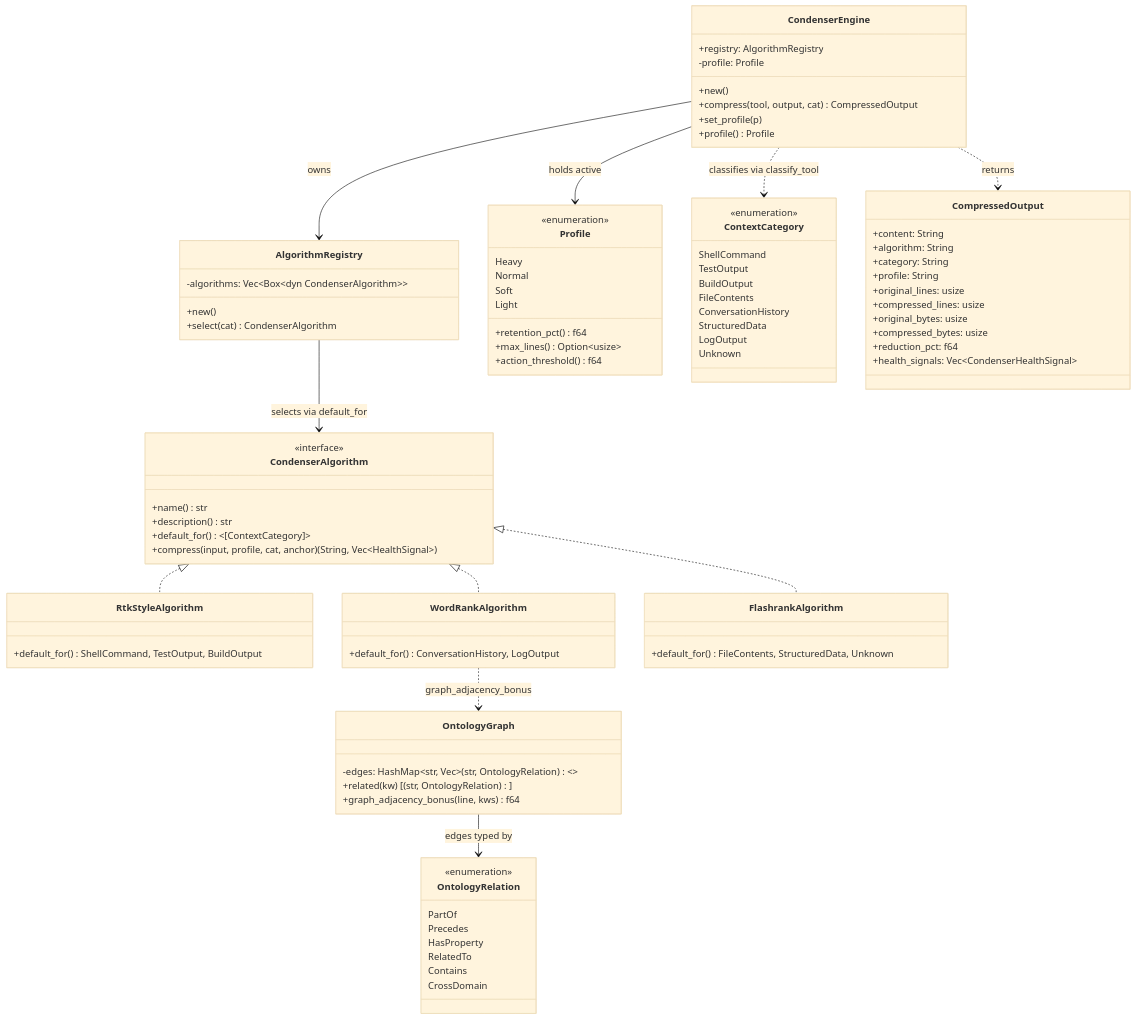
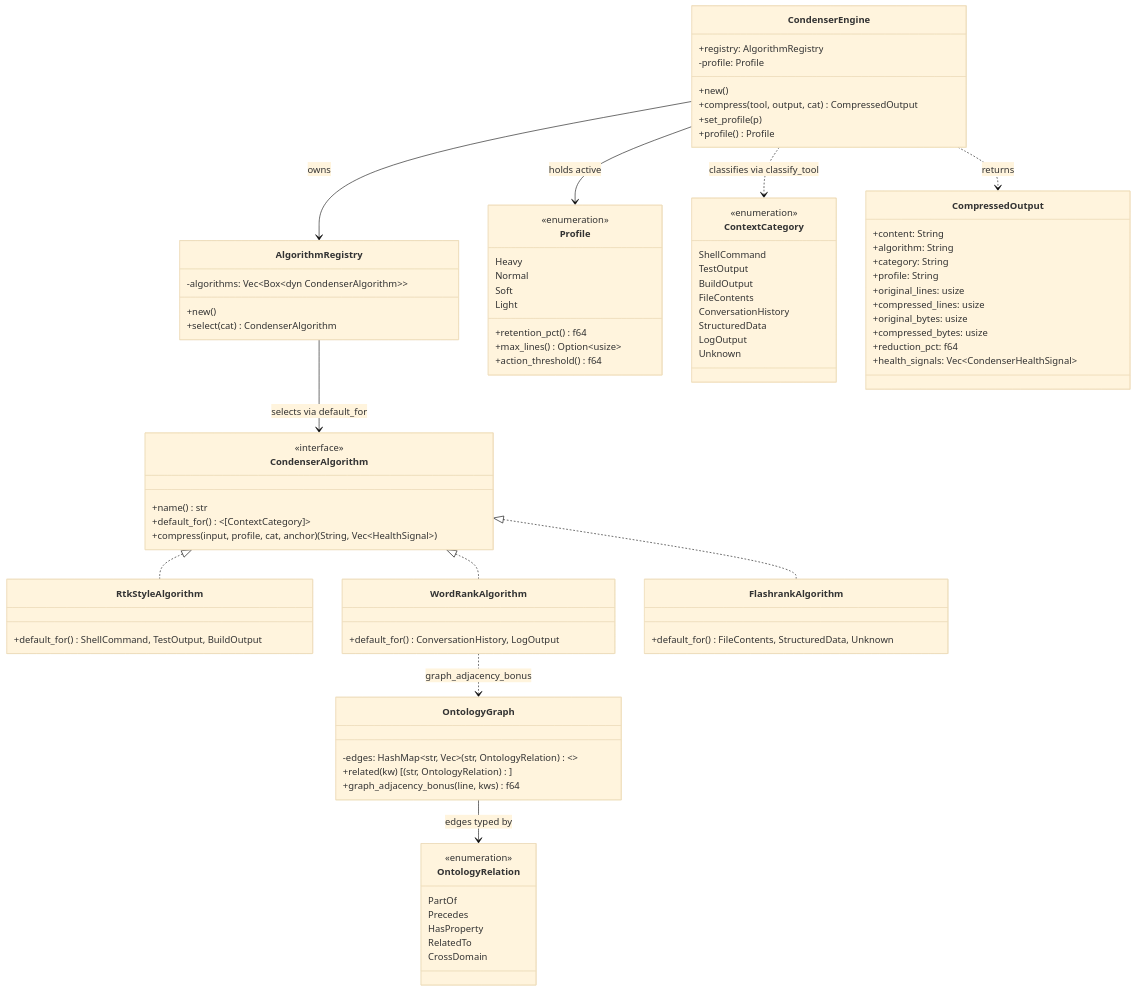
Before and after one commit to mdz-axo/zed-kask: the diagram in kask/docs/diataxis/hkask-condenser/reference.md, drawn with Mermaid (base theme). The commit also changed other lines of this file and 41 other files, not shown here.

```diff
--- a/kask/docs/diataxis/hkask-condenser/reference.md
+++ b/kask/docs/diataxis/hkask-condenser/reference.md
@@ -74,7 +87,6 @@
     class CondenserAlgorithm {
         <<interface>>
         +name() str
-        +description() str
         +default_for() ~[ContextCategory]~
         +compress(input, profile, cat, anchor) (String, Vec~HealthSignal~)
     }
@@ -111,7 +123,6 @@
         Precedes
         HasProperty
         RelatedTo
-        Contains
         CrossDomain
     }
     class Profile {
```
